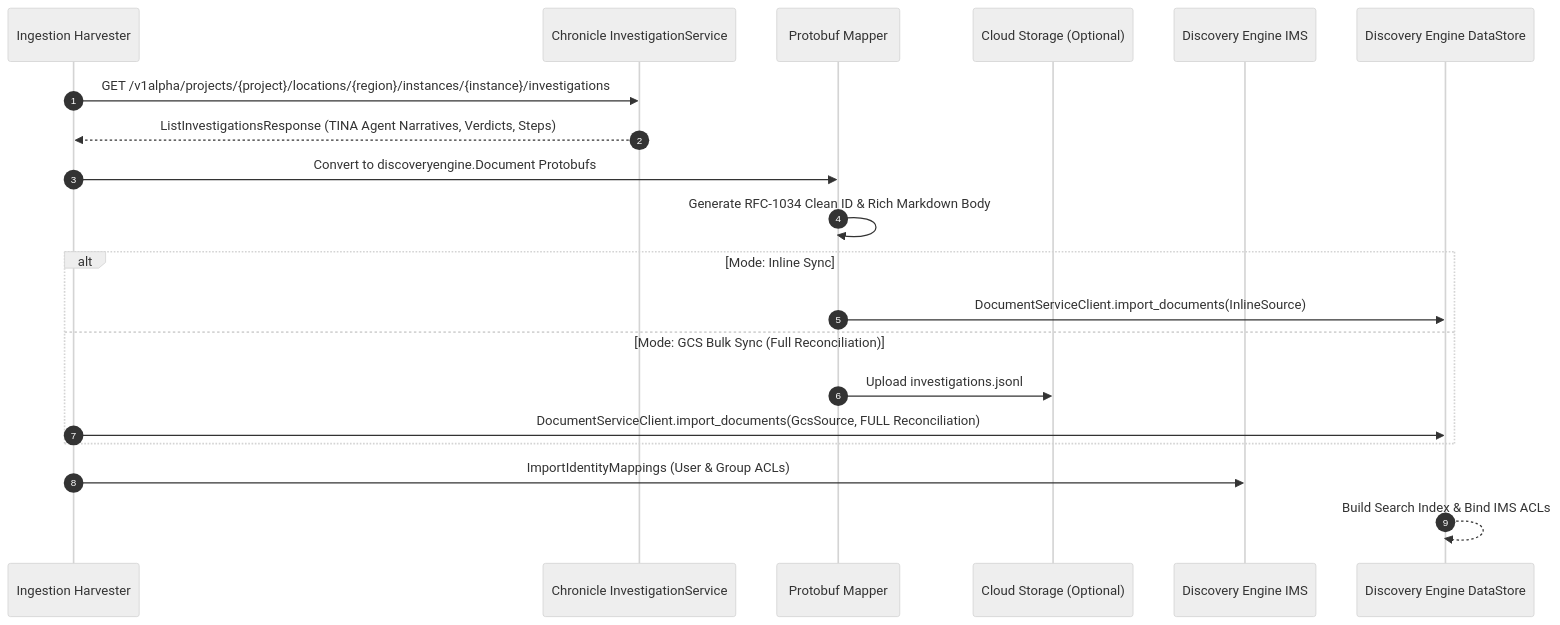
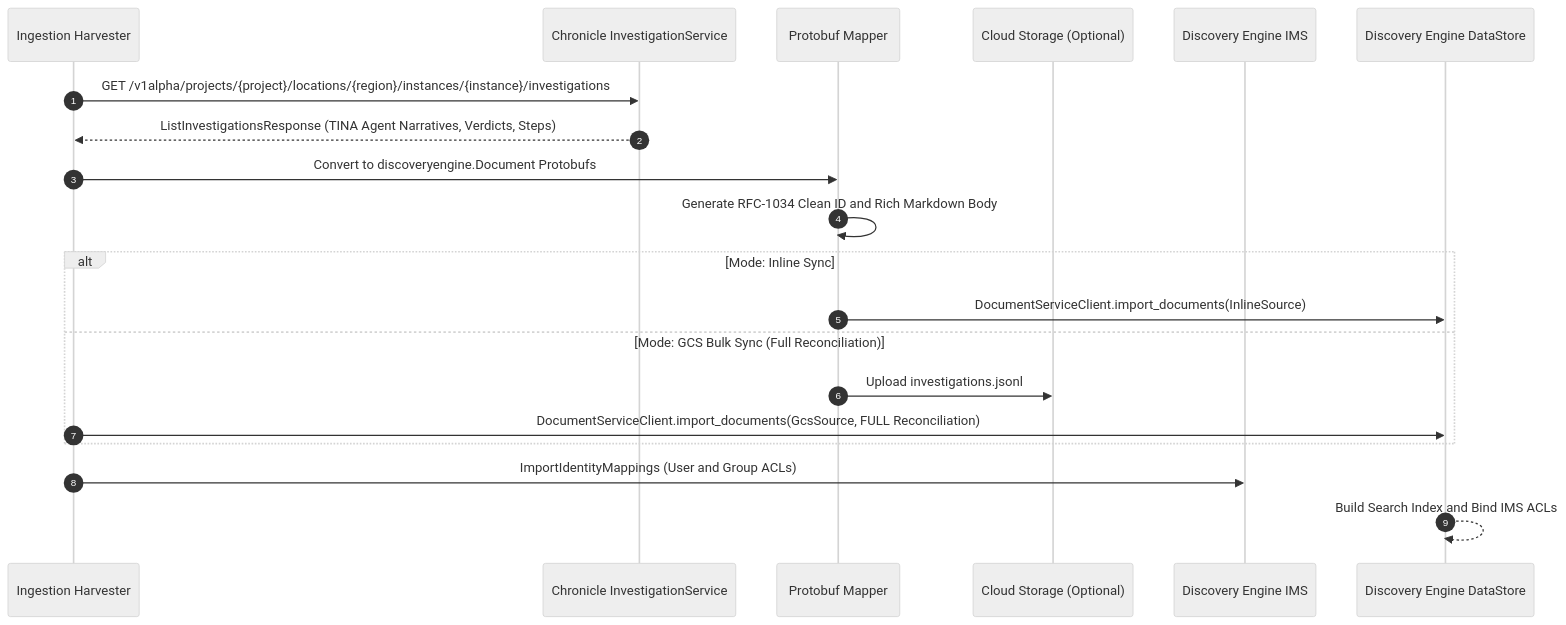
The second of 3 diagrams in docs/architecture.md (dandye/secops-custom-connector), drawn with Mermaid (neutral theme) before and after one commit. The commit also changed other lines of this file and 2 other files, not shown here.

````diff
--- a/docs/architecture.md
+++ b/docs/architecture.md
@@ -69,26 +69,26 @@
 ```mermaid
 sequenceDiagram
     autonumber
     participant Harvester as Ingestion Harvester
     participant Chronicle as Chronicle InvestigationService
     participant Mapper as Protobuf Mapper
     participant GCS as Cloud Storage (Optional)
     participant IMS as Discovery Engine IMS
     participant DiscEng as Discovery Engine DataStore
 
     Harvester->>Chronicle: GET /v1alpha/projects/{project}/locations/{region}/instances/{instance}/investigations
     Chronicle-->>Harvester: ListInvestigationsResponse (TINA Agent Narratives, Verdicts, Steps)
     
     Harvester->>Mapper: Convert to discoveryengine.Document Protobufs
-    Mapper->>Mapper: Generate RFC-1034 Clean ID & Rich Markdown Body
+    Mapper->>Mapper: Generate RFC-1034 Clean ID and Rich Markdown Body
     
     alt Mode: Inline Sync
         Mapper->>DiscEng: DocumentServiceClient.import_documents(InlineSource)
     else Mode: GCS Bulk Sync (Full Reconciliation)
         Mapper->>GCS: Upload investigations.jsonl
         Harvester->>DiscEng: DocumentServiceClient.import_documents(GcsSource, FULL Reconciliation)
     end
     
-    Harvester->>IMS: ImportIdentityMappings (User & Group ACLs)
-    DiscEng-->>DiscEng: Build Search Index & Bind IMS ACLs
+    Harvester->>IMS: ImportIdentityMappings (User and Group ACLs)
+    DiscEng-->>DiscEng: Build Search Index and Bind IMS ACLs
 ```
````
